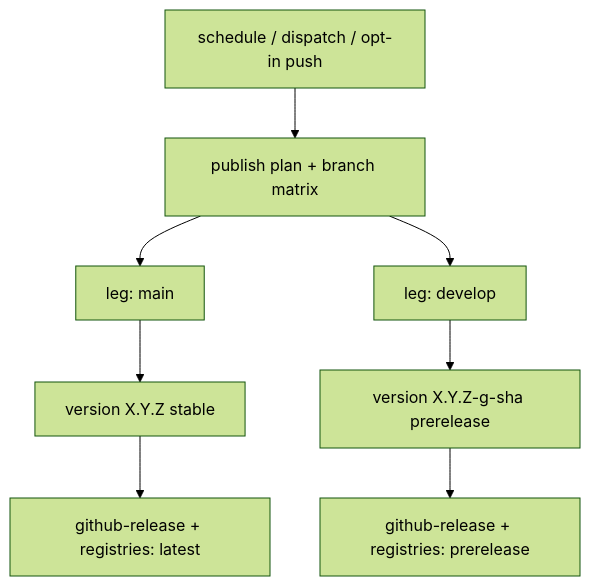
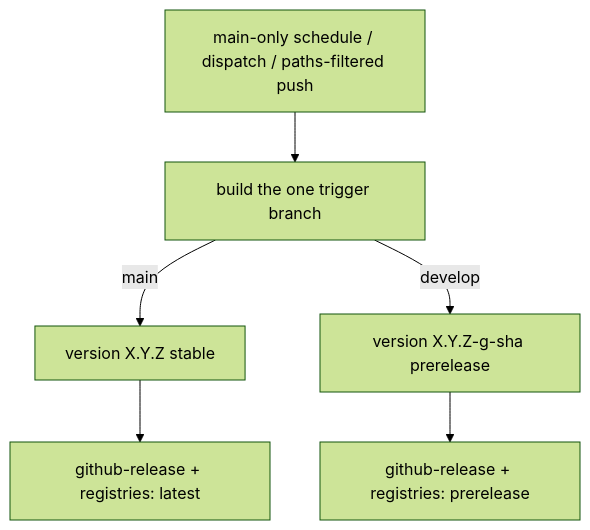
Before and after one commit to ptr727/ProjectTemplate: the fourth of 4 diagrams in WORKFLOW.md, drawn with Mermaid (forest theme). The commit also changed other lines of this file and 1 other file, not shown here.

First line of the commit message:
Retire the both-branch matrix for symmetric single-branch self-release

````diff
--- a/WORKFLOW.md
+++ b/WORKFLOW.md
@@ -107,10 +107,8 @@
 ```mermaid
 flowchart TD
-  trig[schedule / dispatch / opt-in push] --> plan[publish plan + branch matrix]
-  plan --> mmain[leg: main]
-  plan --> mdev[leg: develop]
-  mmain --> vmain[version X.Y.Z stable]
-  mdev --> vdev[version X.Y.Z-g-sha prerelease]
+  trig[main-only schedule / dispatch / paths-filtered push] --> one[build the one trigger branch]
+  one -->|main| vmain[version X.Y.Z stable]
+  one -->|develop| vdev[version X.Y.Z-g-sha prerelease]
   vmain --> relm[github-release + registries: latest]
   vdev --> reld[github-release + registries: prerelease]
 ```
````
